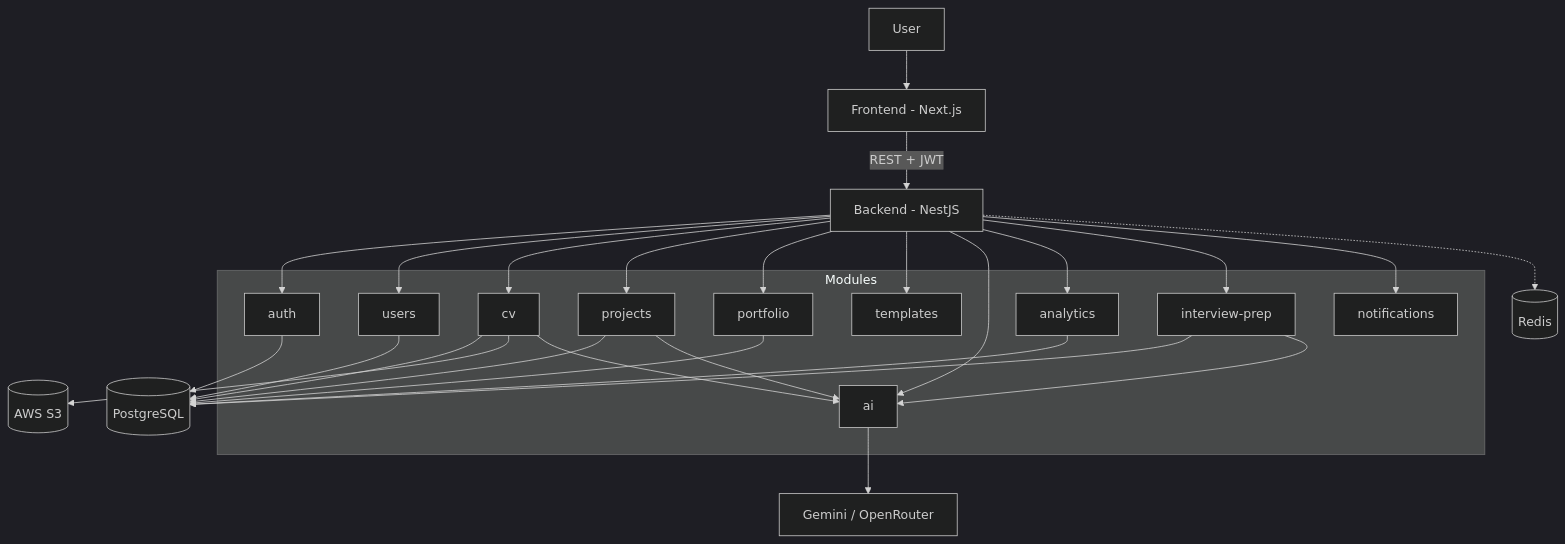
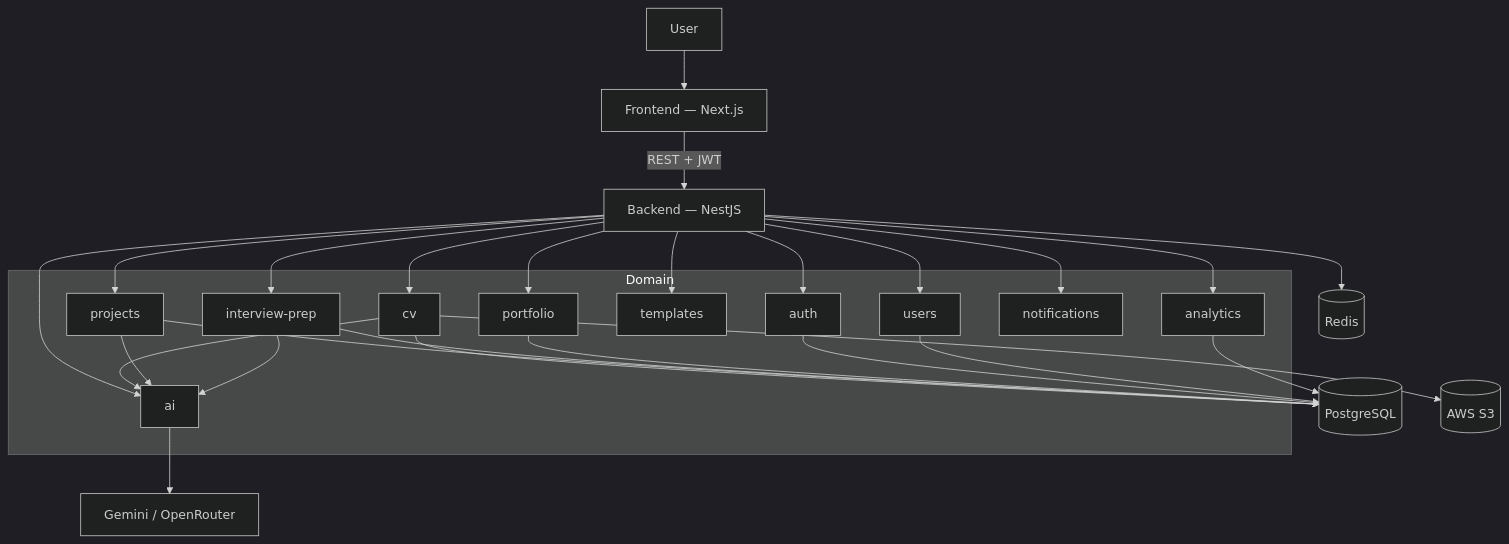
One commit to dainv123/resumate changed the first of 10 diagrams in README.md. Above: the diagram before and after it, drawn with Mermaid (dark theme). The commit also changed other lines of this file and 17 other files, not shown here.

````diff
--- a/README.md
+++ b/README.md
@@ -26,41 +54,35 @@
 ```mermaid
 flowchart TB
   User[User]
-  FE[Frontend - Next.js]
-  BE[Backend - NestJS]
+  FE[Frontend — Next.js]
+  BE[Backend — NestJS]
 
-  subgraph Modules
+  subgraph Domain
     Auth[auth]
     Users[users]
     CV[cv]
     Projects[projects]
     Portfolio[portfolio]
     Templates[templates]
     AI[ai]
     Analytics[analytics]
     Prep[interview-prep]
     Notify[notifications]
   end
 
   PG[(PostgreSQL)]
   S3[(AWS S3)]
   Redis[(Redis)]
   LLM[Gemini / OpenRouter]
 
   User --> FE
   FE -->|REST + JWT| BE
   BE --> Auth & Users & CV & Projects & Portfolio & Templates & AI & Analytics & Prep & Notify
-  Auth --> PG
-  Users --> PG
-  CV --> PG
-  CV --> S3
-  CV --> AI
-  Projects --> PG
-  Projects --> AI
+  CV --> PG & S3 & AI
+  Projects --> PG & AI
+  Prep --> PG & AI
   Portfolio --> PG
-  Prep --> PG
-  Prep --> AI
-  Analytics --> PG
+  Auth & Users & Analytics --> PG
   AI --> LLM
-  BE -.-> Redis
+  BE --> Redis
 ```
````
